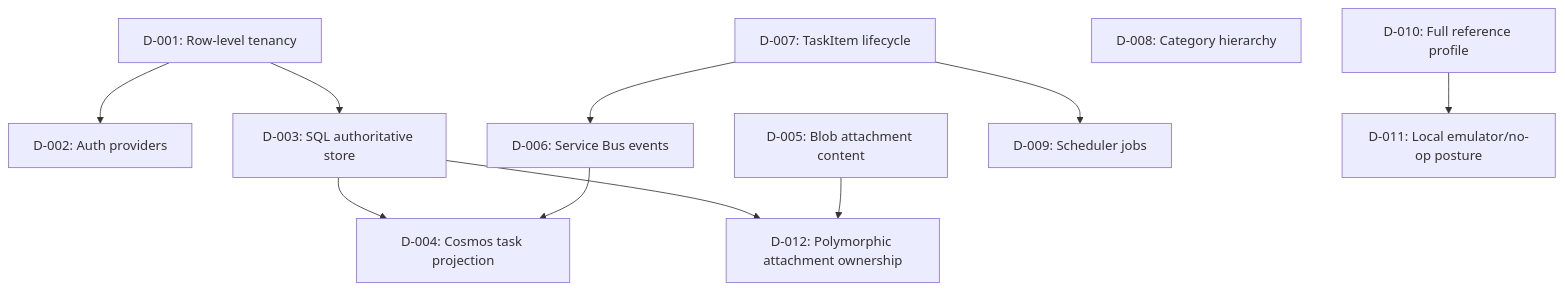
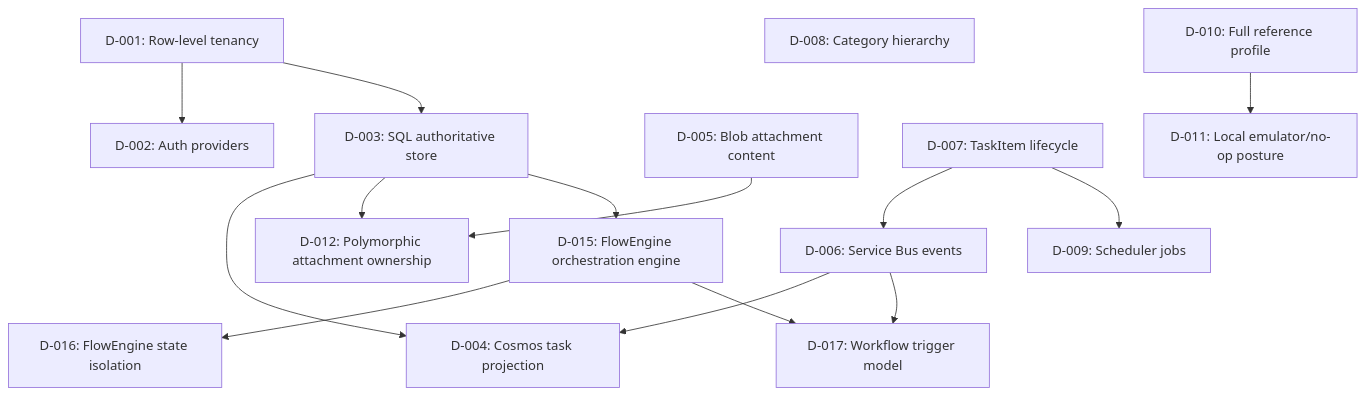
The diagram in .scaffold/DESIGN-DECISIONS.md (efreeman518/AI-Instructions-ReferenceApp), drawn with Mermaid before and after one commit. The commit also changed other lines of this file and 7 other files, not shown here.

````diff
--- a/.scaffold/DESIGN-DECISIONS.md
+++ b/.scaffold/DESIGN-DECISIONS.md
@@ -7,25 +7,32 @@
 ```mermaid
 flowchart TD
     D001["D-001: Row-level tenancy"]
     D002["D-002: Auth providers"]
     D003["D-003: SQL authoritative store"]
     D004["D-004: Cosmos task projection"]
     D005["D-005: Blob attachment content"]
     D006["D-006: Service Bus events"]
     D007["D-007: TaskItem lifecycle"]
     D008["D-008: Category hierarchy"]
     D009["D-009: Scheduler jobs"]
     D010["D-010: Full reference profile"]
     D011["D-011: Local emulator/no-op posture"]
     D012["D-012: Polymorphic attachment ownership"]
+    D015["D-015: FlowEngine orchestration engine"]
+    D016["D-016: FlowEngine state isolation"]
+    D017["D-017: Workflow trigger model"]
 
     D001 --> D002
     D001 --> D003
     D003 --> D004
     D003 --> D012
     D005 --> D012
     D007 --> D006
     D007 --> D009
     D006 --> D004
     D010 --> D011
+    D003 --> D015
+    D015 --> D016
+    D015 --> D017
+    D006 --> D017
 ```
````
